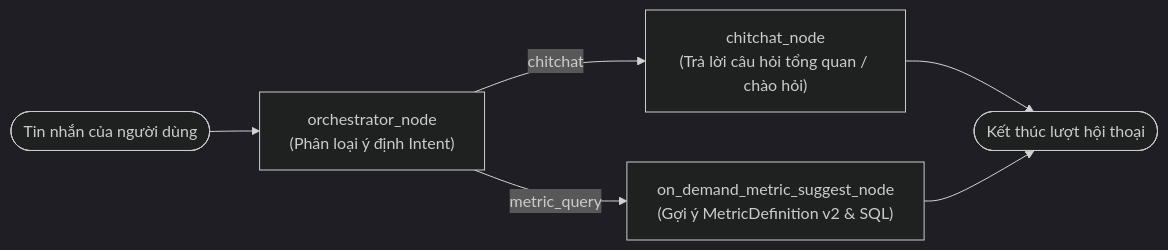
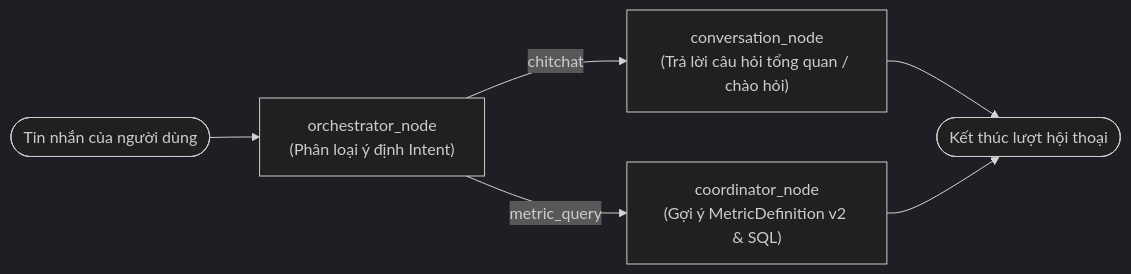
The fourth of 7 diagrams in ARCHITECTURE.md (thangph18/AI-Semantic-Layer-Team07), drawn with Mermaid (dark theme) before and after one commit. The commit also changed other lines of this file and 72 other files, not shown here.

Commit message:
refactor(agents): tách role, node và workflow metric

````diff
--- a/ARCHITECTURE.md
+++ b/ARCHITECTURE.md
@@ -170,8 +170,8 @@
 ```mermaid
 flowchart LR
     MSG(["Tin nhắn của người dùng"]) --> ORCH["orchestrator_node\n(Phân loại ý định Intent)"]
-    ORCH -->|"chitchat"| CHIT["chitchat_node\n(Trả lời câu hỏi tổng quan / chào hỏi)"]
-    ORCH -->|"metric_query"| METRIC["on_demand_metric_suggest_node\n(Gợi ý MetricDefinition v2 & SQL)"]
+    ORCH -->|"chitchat"| CHIT["conversation_node\n(Trả lời câu hỏi tổng quan / chào hỏi)"]
+    ORCH -->|"metric_query"| METRIC["coordinator_node\n(Gợi ý MetricDefinition v2 & SQL)"]
     CHIT --> FIN(["Kết thúc lượt hội thoại"])
     METRIC --> FIN
 ```
````
